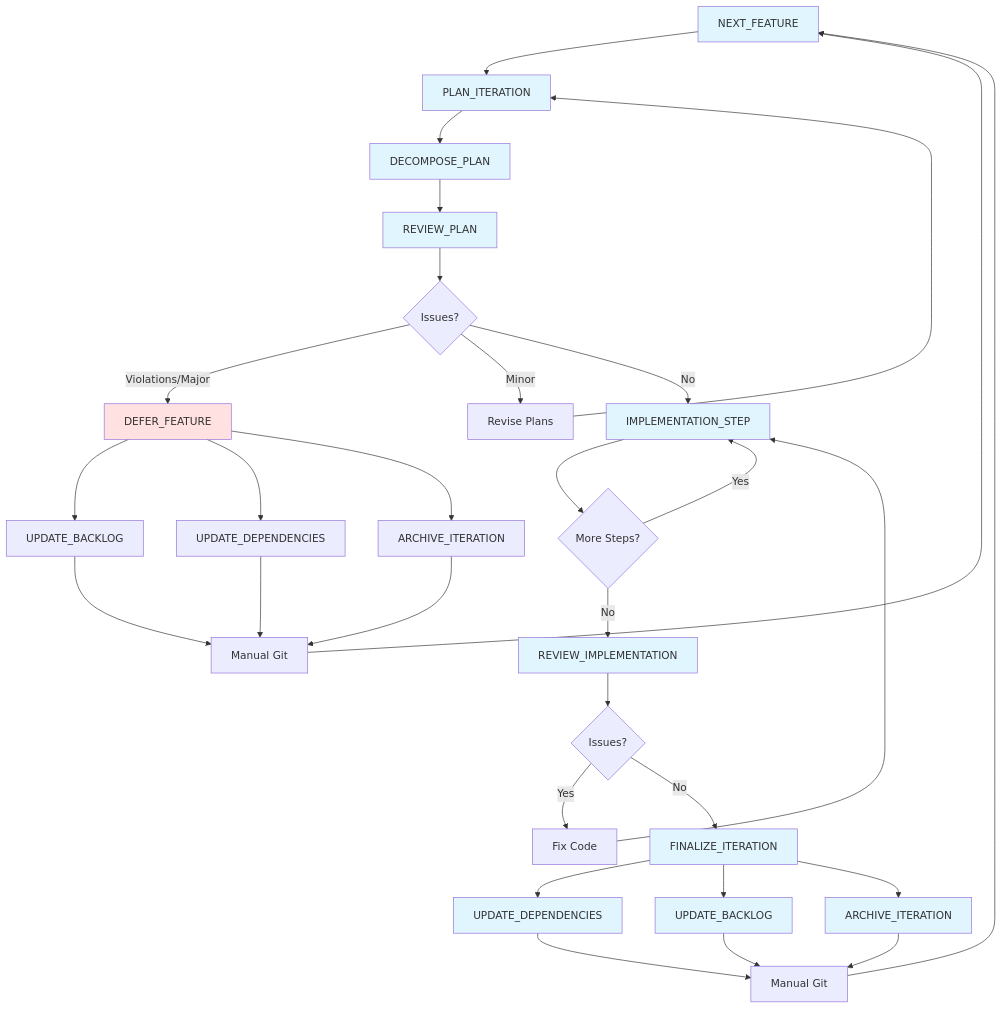
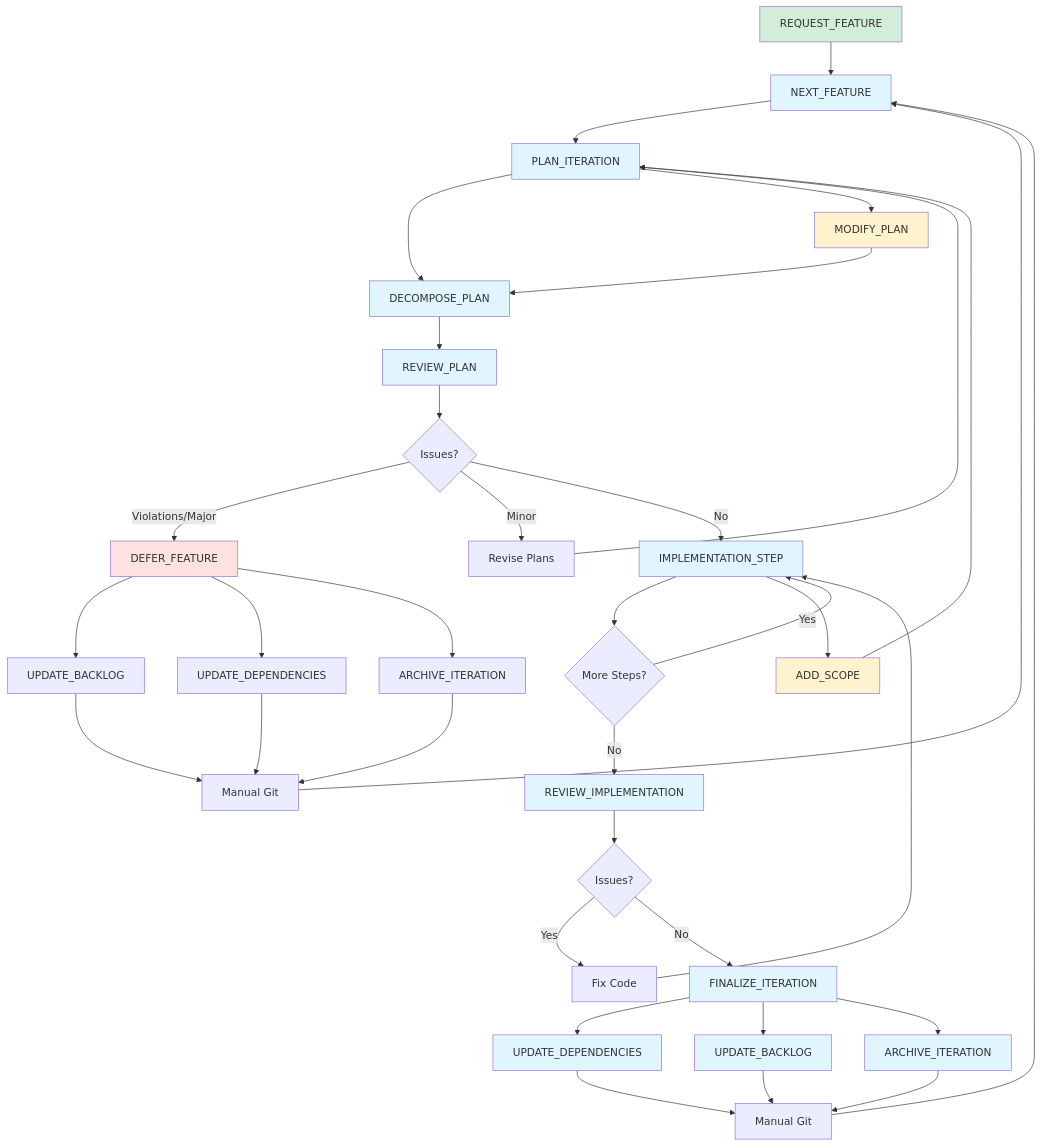
The diagram in TASKS/WORKFLOW.md (EvanLavender13/FrogLords), drawn with Mermaid before and after one commit. The commit also changed other lines of this file and 18 other files, not shown here.

````diff
--- a/TASKS/WORKFLOW.md
+++ b/TASKS/WORKFLOW.md
@@ -5,44 +5,54 @@
 ```mermaid
 graph TD
-    A[NEXT_FEATURE] --> B[PLAN_ITERATION]
+    REQ[REQUEST_FEATURE] --> A[NEXT_FEATURE]
+    A --> B[PLAN_ITERATION]
     B --> C[DECOMPOSE_PLAN]
     C --> D[REVIEW_PLAN]
     D --> E{Issues?}
     E -->|Violations/Major| F[DEFER_FEATURE]
     E -->|Minor| G[Revise Plans]
     G --> B
     E -->|No| H[IMPLEMENTATION_STEP]
     H --> I{More Steps?}
     I -->|Yes| H
     I -->|No| J[REVIEW_IMPLEMENTATION]
     J --> K{Issues?}
     K -->|Yes| L[Fix Code]
     L --> H
     K -->|No| M[FINALIZE_ITERATION]
     M --> N[UPDATE_DEPENDENCIES]
     M --> O[UPDATE_BACKLOG]
     M --> P[ARCHIVE_ITERATION]
     N --> Q[Manual Git]
     O --> Q
     P --> Q
     Q --> A
     F --> R[UPDATE_BACKLOG]
     F --> S[UPDATE_DEPENDENCIES]
     F --> T[ARCHIVE_ITERATION]
     R --> U[Manual Git]
     S --> U
     T --> U
     U --> A
     
+    %% Mid-iteration scope changes
+    H --> AS[ADD_SCOPE]
+    AS --> B
+    B --> MP[MODIFY_PLAN]
+    MP --> C
+    
+    style REQ fill:#d4edda
     style A fill:#e1f5ff
     style B fill:#e1f5ff
     style C fill:#e1f5ff
     style D fill:#e1f5ff
     style F fill:#ffe1e1
     style H fill:#e1f5ff
     style J fill:#e1f5ff
     style M fill:#e1f5ff
     style N fill:#e1f5ff
     style O fill:#e1f5ff
     style P fill:#e1f5ff
+    style AS fill:#fff3cd
+    style MP fill:#fff3cd
 ```
````
